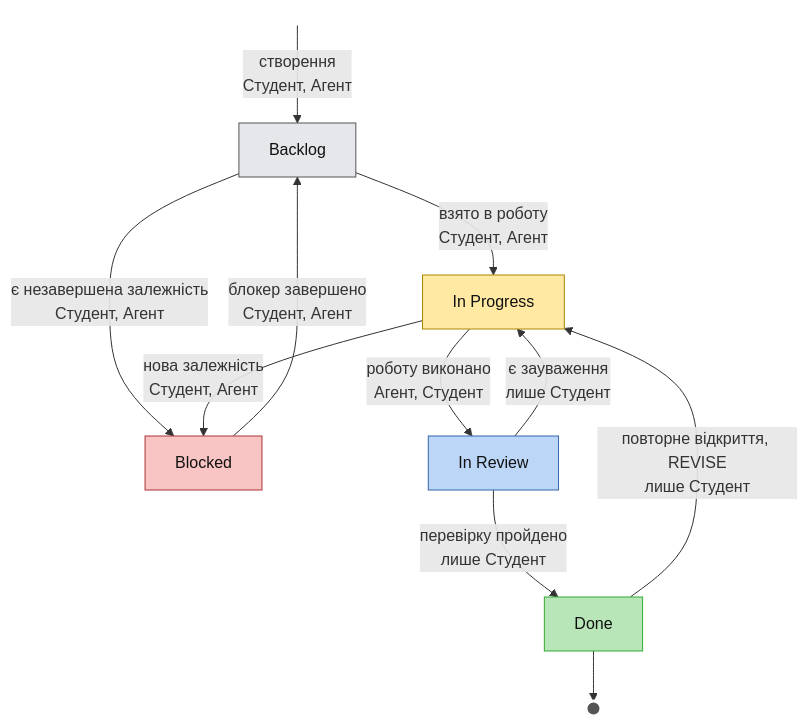
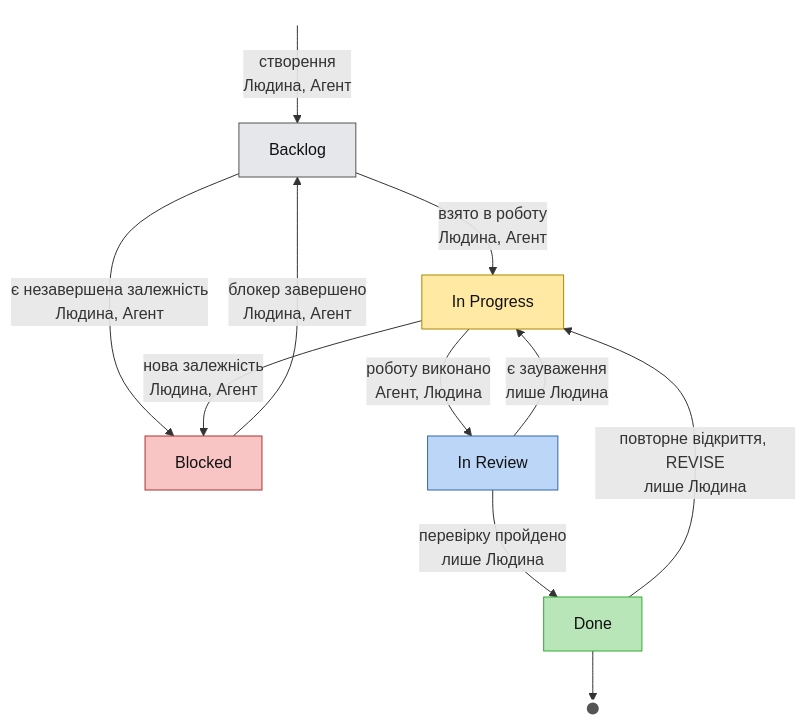
The diagram in plan/workflow.md (KovalSS/library-system), drawn with Mermaid before and after one commit. The commit also changed other lines of this file, not shown here.

Commit message:
docs: rename role Студент to Людина in lifecycle diagram

````diff
--- a/plan/workflow.md
+++ b/plan/workflow.md
@@ -9,21 +9,21 @@
 ```mermaid
 flowchart TD
-    START((" ")) -->|"створення<br/>Студент, Агент"| BL["Backlog"]
-    BL -->|"є незавершена залежність<br/>Студент, Агент"| BK["Blocked"]
-    BK -->|"блокер завершено<br/>Студент, Агент"| BL
-    BL -->|"взято в роботу<br/>Студент, Агент"| IP["In Progress"]
-    IP -->|"нова залежність<br/>Студент, Агент"| BK
-    IP -->|"роботу виконано<br/>Агент, Студент"| IR["In Review"]
-    IR -->|"є зауваження<br/>лише Студент"| IP
-    IR -->|"перевірку пройдено<br/>лише Студент"| DN["Done"]
-    DN -->|"повторне відкриття, REVISE<br/>лише Студент"| IP
+    START((" ")) -->|"створення<br/>Людина, Агент"| BL["Backlog"]
+    BL -->|"є незавершена залежність<br/>Людина, Агент"| BK["Blocked"]
+    BK -->|"блокер завершено<br/>Людина, Агент"| BL
+    BL -->|"взято в роботу<br/>Людина, Агент"| IP["In Progress"]
+    IP -->|"нова залежність<br/>Людина, Агент"| BK
+    IP -->|"роботу виконано<br/>Агент, Людина"| IR["In Review"]
+    IR -->|"є зауваження<br/>лише Людина"| IP
+    IR -->|"перевірку пройдено<br/>лише Людина"| DN["Done"]
+    DN -->|"повторне відкриття, REVISE<br/>лише Людина"| IP
     DN --> END((" "))
 
     style START fill:#fff,stroke:#fff
     style END fill:#555,stroke:#fff,stroke-width:3px
     style BL fill:#e5e7eb,stroke:#555,color:#111
     style BK fill:#f8c4c4,stroke:#a33,color:#111
     style IP fill:#ffe9a3,stroke:#a80,color:#111
     style IR fill:#bcd6f7,stroke:#36a,color:#111
     style DN fill:#b8e6b8,stroke:#3a3,color:#111
 ```
````
